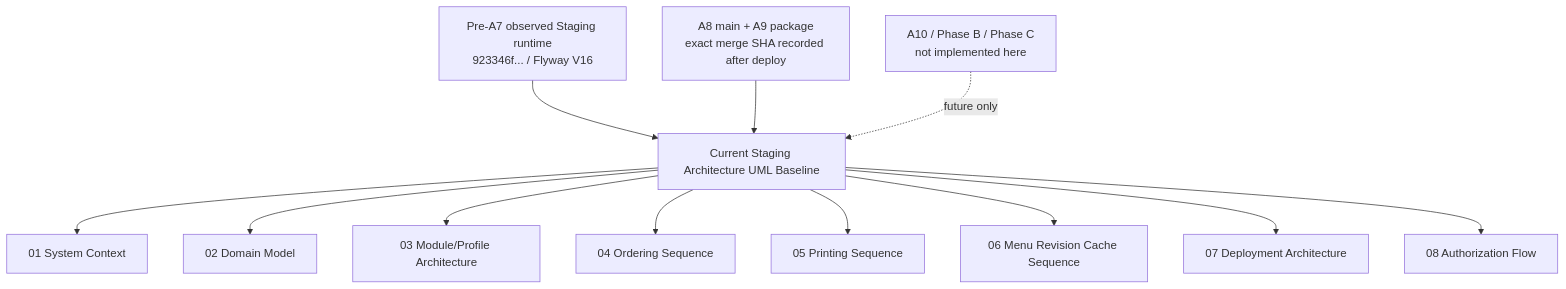
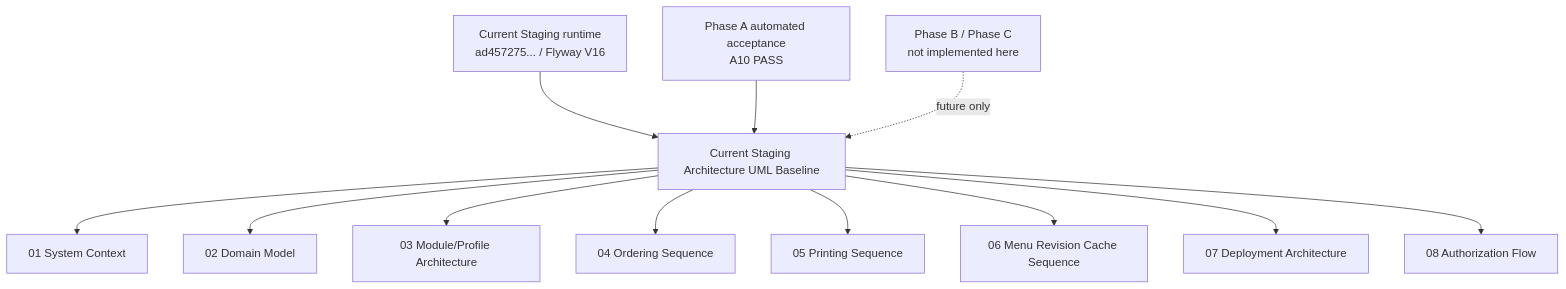
The diagram in docs/architecture/current-staging/README.md (Z1linXu/Restaurant_System), drawn with Mermaid before and after one commit. The commit also changed other lines of this file and 10 other files, not shown here.

Commit message:
Document Phase A10 final acceptance

````diff
--- a/docs/architecture/current-staging/README.md
+++ b/docs/architecture/current-staging/README.md
@@ -79,15 +83,15 @@
 ```mermaid
 flowchart TD
     baseline["Current Staging Architecture UML Baseline"] --> context["01 System Context"]
     baseline --> domain["02 Domain Model"]
     baseline --> modules["03 Module/Profile Architecture"]
     baseline --> ordering["04 Ordering Sequence"]
     baseline --> printing["05 Printing Sequence"]
     baseline --> cache["06 Menu Revision Cache Sequence"]
     baseline --> deployment["07 Deployment Architecture"]
     baseline --> auth["08 Authorization Flow"]
 
-    runtime["Pre-A7 observed Staging runtime<br/>923346f... / Flyway V16"] --> baseline
-    source["A8 main + A9 package<br/>exact merge SHA recorded after deploy"] --> baseline
-    future["A10 / Phase B / Phase C<br/>not implemented here"] -. "future only" .-> baseline
+    runtime["Current Staging runtime<br/>ad457275... / Flyway V16"] --> baseline
+    source["Phase A automated acceptance<br/>A10 PASS"] --> baseline
+    future["Phase B / Phase C<br/>not implemented here"] -. "future only" .-> baseline
 ```
````
